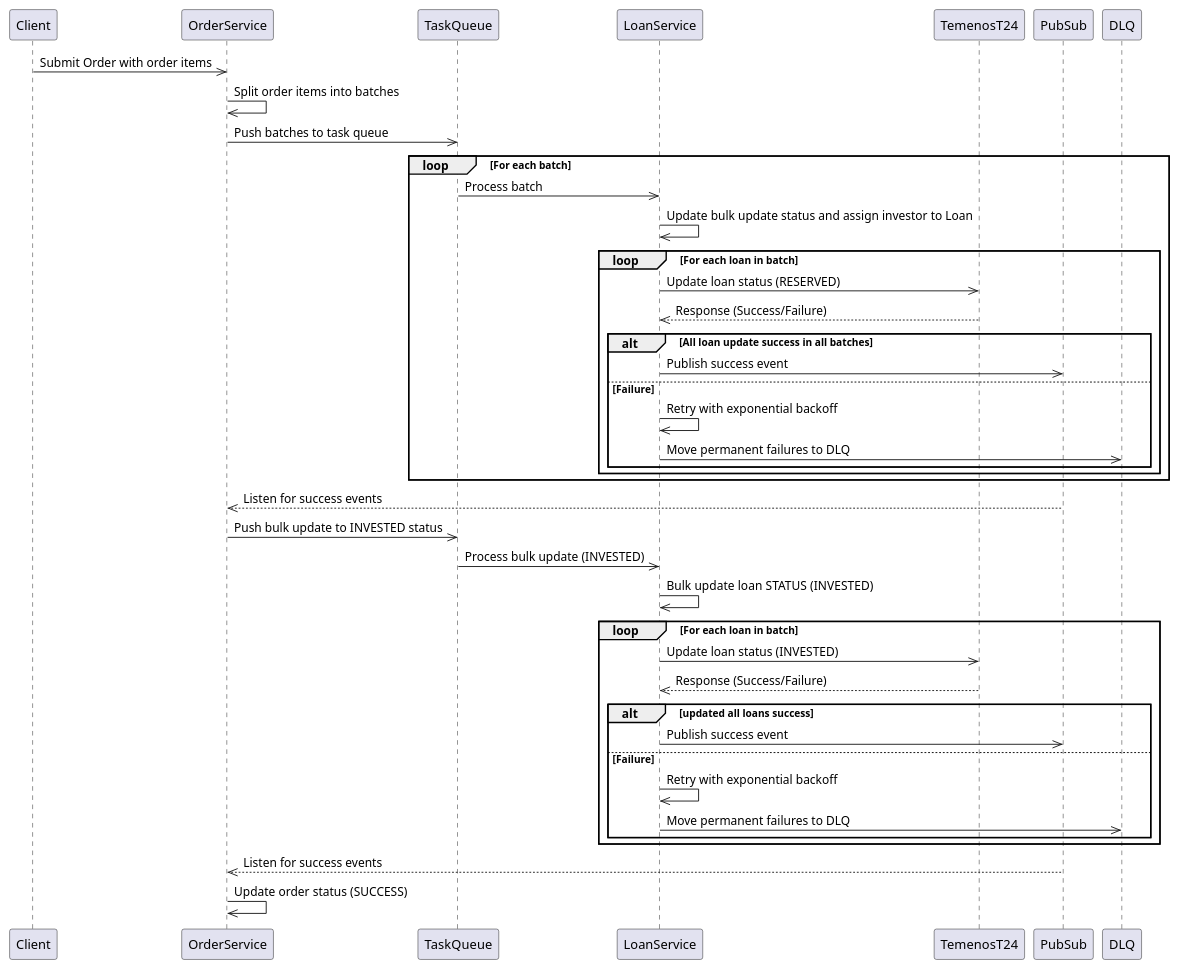
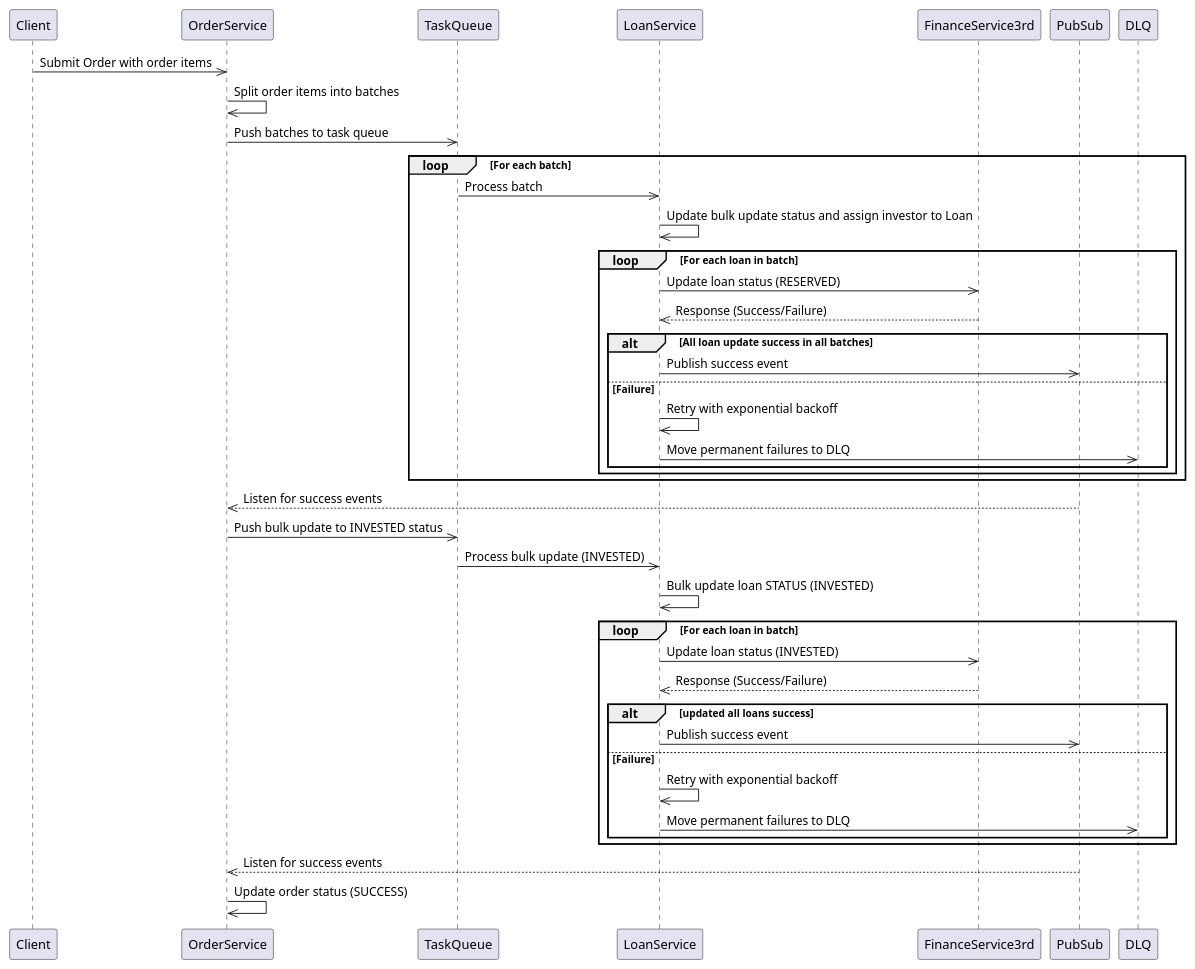
The diagram in improved-system.puml (goesbams/order-system-design-problem), drawn with PlantUML before and after one commit. The commit also changed 6 other files, not shown here.

Commit message:
docs: update name 3rd-party finance service

```diff
--- a/improved-system.puml
+++ b/improved-system.puml
@@ -1,46 +1,46 @@
 @startuml
   participant Client
   participant OrderService
   participant TaskQueue
   participant LoanService
-  participant TemenosT24
+  participant FinanceService3rd
   participant PubSub
   participant DLQ
 
   Client->>OrderService: Submit Order with order items
   OrderService->>OrderService: Split order items into batches
   OrderService->>TaskQueue: Push batches to task queue
 
   loop For each batch
     TaskQueue->>LoanService: Process batch
     LoanService->>LoanService: Update bulk update status and assign investor to Loan
     loop For each loan in batch
-      LoanService->>TemenosT24: Update loan status (RESERVED)
-      TemenosT24-->>LoanService: Response (Success/Failure)
+      LoanService->>FinanceService3rd: Update loan status (RESERVED)
+      FinanceService3rd-->>LoanService: Response (Success/Failure)
       alt All loan update success in all batches
         LoanService->>PubSub: Publish success event
       else Failure
         LoanService->>LoanService: Retry with exponential backoff
         LoanService->>DLQ: Move permanent failures to DLQ
       end
     end
   end
 
   PubSub-->>OrderService: Listen for success events
   OrderService->>TaskQueue: Push bulk update to INVESTED status
   TaskQueue->>LoanService: Process bulk update (INVESTED)
   LoanService->>LoanService: Bulk update loan STATUS (INVESTED)
   loop For each loan in batch
-    LoanService->>TemenosT24: Update loan status (INVESTED)
-    TemenosT24-->>LoanService: Response (Success/Failure)
+    LoanService->>FinanceService3rd: Update loan status (INVESTED)
+    FinanceService3rd-->>LoanService: Response (Success/Failure)
     alt updated all loans success
       LoanService->>PubSub: Publish success event
     else Failure
       LoanService->>LoanService: Retry with exponential backoff
       LoanService->>DLQ: Move permanent failures to DLQ
     end
   end
 
   PubSub-->>OrderService: Listen for success events
   OrderService->>OrderService: Update order status (SUCCESS)
 @enduml
```
